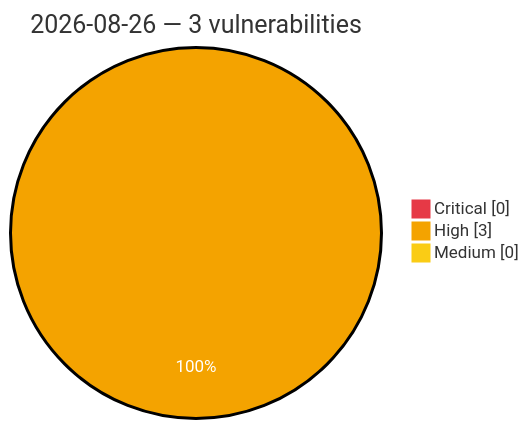
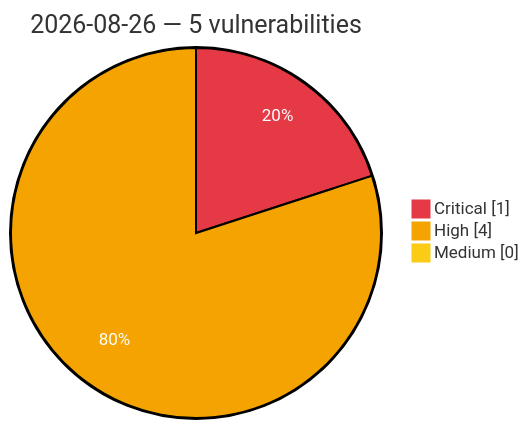
Before and after one commit to GhostX0X/vuln-tracker: the diagram in vulnerabilities/2026/August/2026-08-26.md, drawn with Mermaid. The commit also changed other lines of this file and 5 other files, not shown here.

Commit message:
Auto update: critical/high vulns (2026-08-26 06:05 UTC)

````diff
--- a/vulnerabilities/2026/August/2026-08-26.md
+++ b/vulnerabilities/2026/August/2026-08-26.md
@@ -3,8 +3,8 @@
 ```mermaid
 %%{init: {'theme':'base', 'themeVariables': {'pie1':'#e63946', 'pie2':'#f4a300', 'pie3':'#facc15', 'pieOpacity':'1', 'pieOuterStrokeWidth':'2px', 'pieSectionTextColor':'#ffffff'}}}%%
 pie showData
-    title 2026-08-26 — 3 vulnerabilities
-    "Critical" : 0
-    "High" : 3
+    title 2026-08-26 — 5 vulnerabilities
+    "Critical" : 1
+    "High" : 4
     "Medium" : 0
 ```
````
